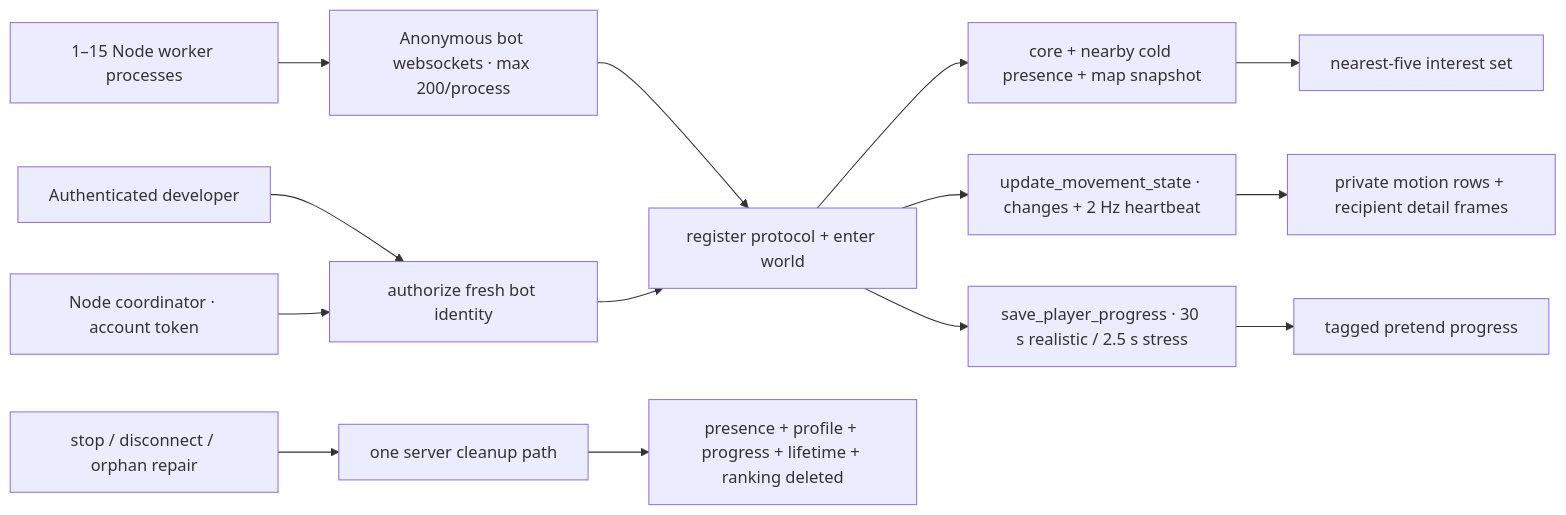
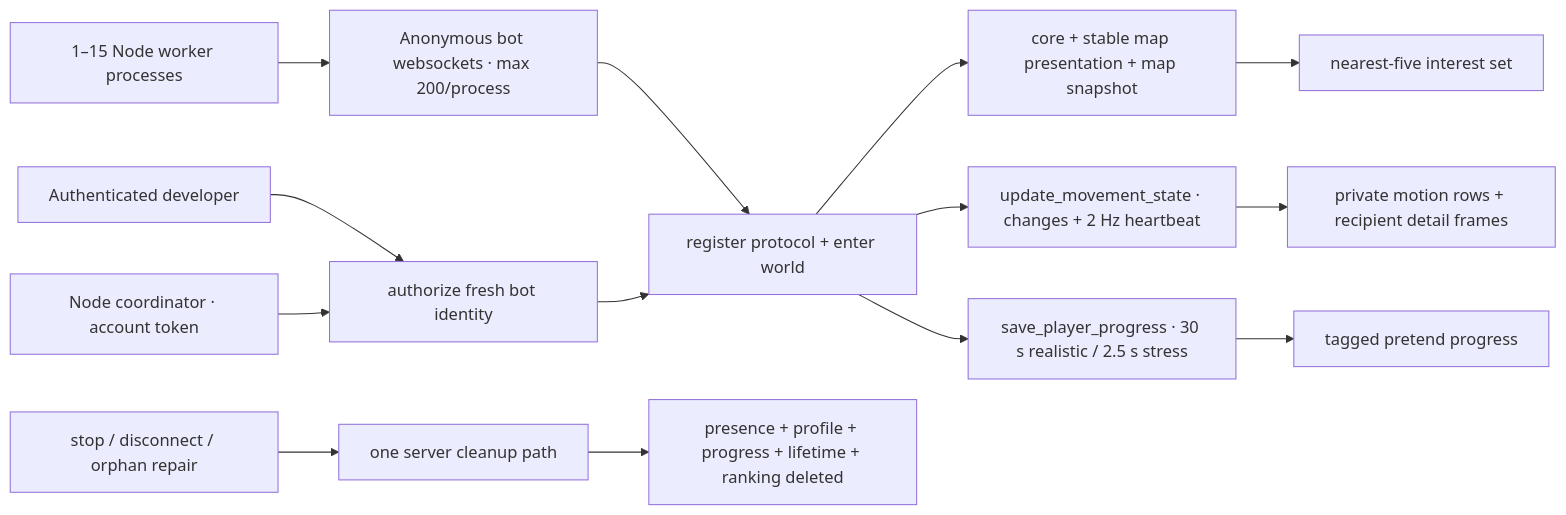
The fourth of 4 diagrams in docs/realtime-data-flow.md (Tydoskus/wildwood), drawn with Mermaid before and after one commit. The commit also changed other lines of this file and 18 other files, not shown here.

````diff
--- a/docs/realtime-data-flow.md
+++ b/docs/realtime-data-flow.md
@@ -93,16 +96,16 @@
 ```mermaid
 flowchart LR
   Dev["Authenticated developer"] --> Authorize["authorize fresh bot identity"]
   Coordinator["Node coordinator · account token"] --> Authorize
   Workers["1–15 Node worker processes"] --> Browser["Anonymous bot websockets · max 200/process"]
   Browser --> Protocol["register protocol + enter world"]
   Authorize --> Protocol
-  Protocol --> Subs["core + nearby cold presence + map snapshot"]
+  Protocol --> Subs["core + stable map presentation + map snapshot"]
   Subs --> Interest["nearest-five interest set"]
   Protocol --> Move["update_movement_state · changes + 2 Hz heartbeat"]
   Protocol --> Save["save_player_progress · 30 s realistic / 2.5 s stress"]
   Move --> Hot["private motion rows + recipient detail frames"]
   Save --> Durable["tagged pretend progress"]
   Stop["stop / disconnect / orphan repair"] --> Cleanup["one server cleanup path"]
   Cleanup --> Erase["presence + profile + progress + lifetime + ranking deleted"]
 ```
````
